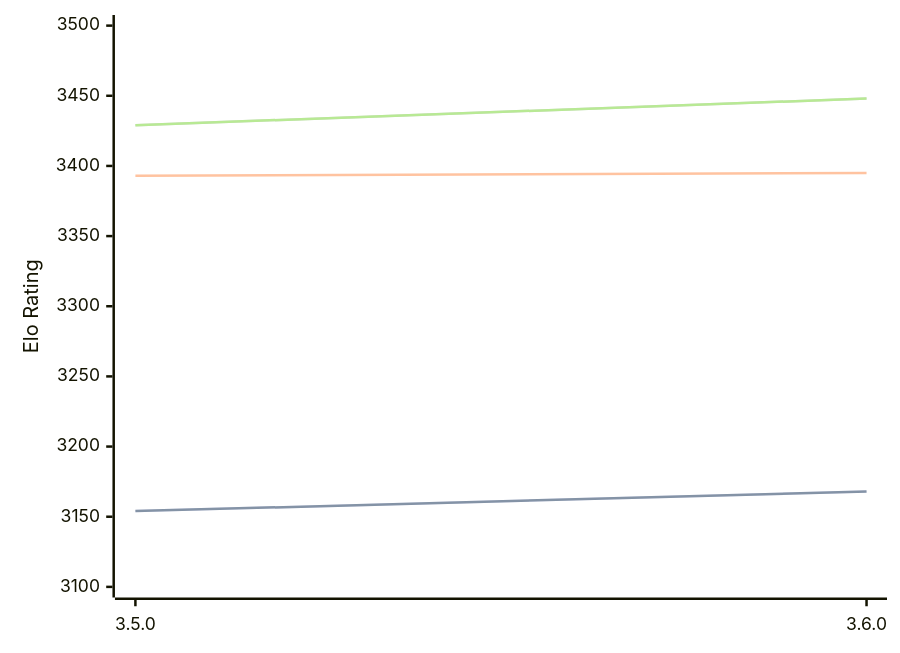
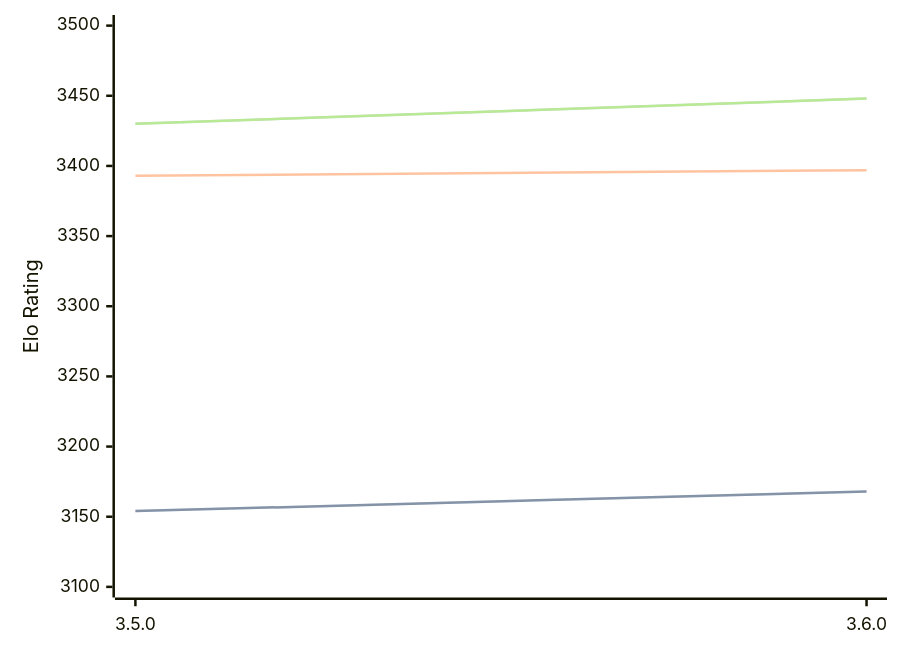
Before and after one commit to computer-chess-index/cci: the diagram in engines/Igel.md, drawn with Mermaid. The commit also changed other lines of this file, not shown here.

Commit message:
Update CCI Ratings (ELO VLTC) - 2026-07-30

````diff
--- a/engines/Igel.md
+++ b/engines/Igel.md
@@ -68,11 +68,11 @@
 ```mermaid
 %%{init: {"theme":"base","themeVariables":{"seriesColors:['#a3a3a3','#222221','#faa371']}}}%%
 xychart-beta
   x-axis ["3.5.0", "3.6.0"]
   y-axis "Elo Rating" 3100 --> 3500
   line "STC (8.0+0.08s)" [3154, 3168]
   line "STC (8.0+0.08s)" [3154, 3168]
-  line "LTC (60.0+0.60s)" [3393, 3395]
-  line "VLTC (2m24s+1.12s)" [3429, 3448]
-  line "VLTC (2m24s+1.12s)" [3429, 3448]
+  line "LTC (60.0+0.60s)" [3393, 3397]
+  line "VLTC (2m24s+1.12s)" [3430, 3448]
+  line "VLTC (2m24s+1.12s)" [3430, 3448]
 ```
````
